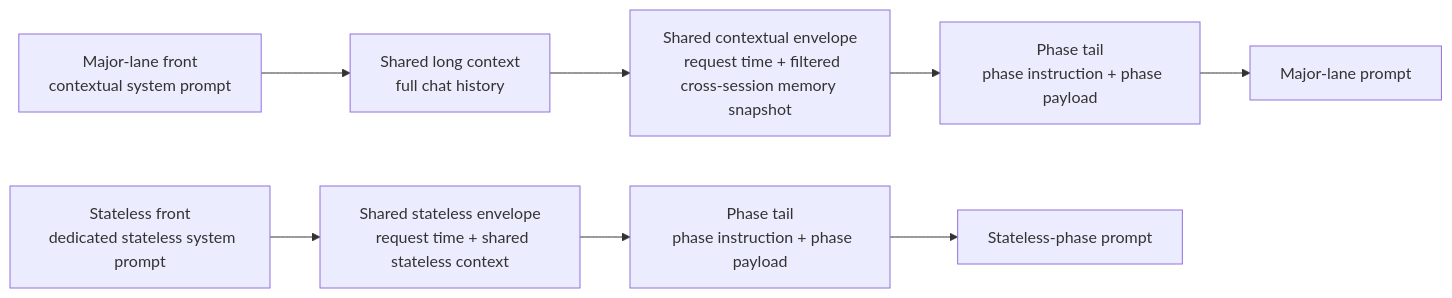
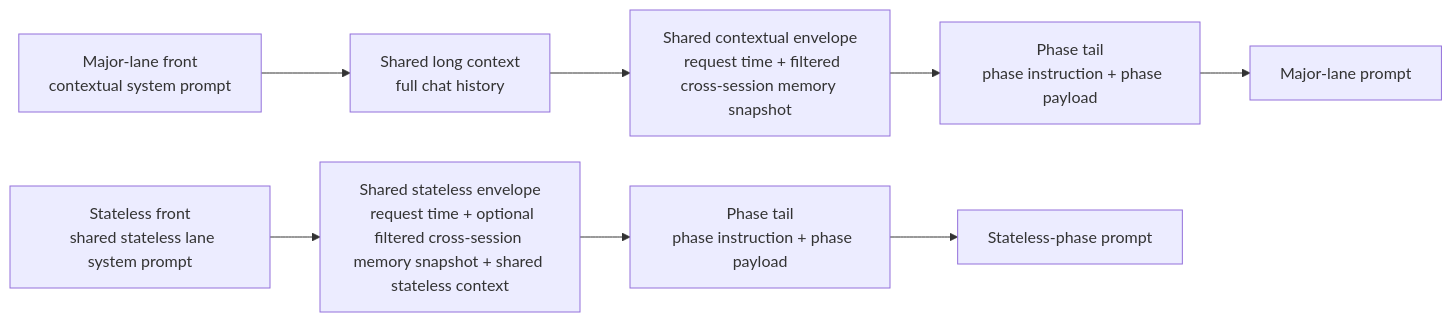
The second of 3 diagrams in README.md (Eason023/chat-studio), drawn with Mermaid before and after one commit. The commit also changed other lines of this file and 1 other file, not shown here.

Commit message:
perf: consolidate stateless prompt prefix reuse

````diff
--- a/README.md
+++ b/README.md
@@ -309,18 +309,18 @@
 ```mermaid
 flowchart LR
   A["Major-lane front
   contextual system prompt"] --> B["Shared long context
   full chat history"]
   B --> C["Shared contextual envelope
   request time + filtered cross-session memory snapshot"]
   C --> D["Phase tail
   phase instruction + phase payload"]
   D --> E["Major-lane prompt"]
 
   F["Stateless front
-  dedicated stateless system prompt"] --> G["Shared stateless envelope
-  request time + shared stateless context"]
+  shared stateless lane system prompt"] --> G["Shared stateless envelope
+  request time + optional filtered cross-session memory snapshot + shared stateless context"]
   G --> H["Phase tail
   phase instruction + phase payload"]
   H --> I["Stateless-phase prompt"]
 ```
````
